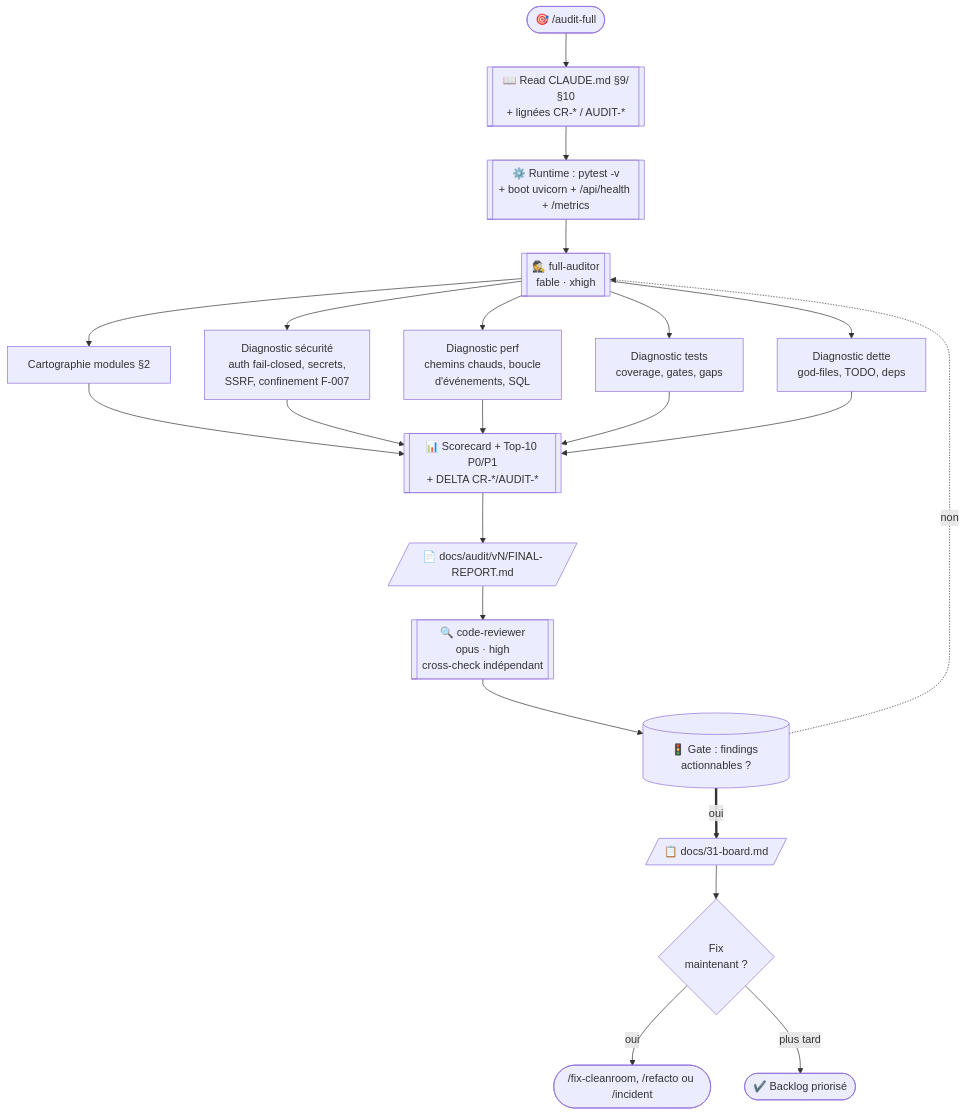
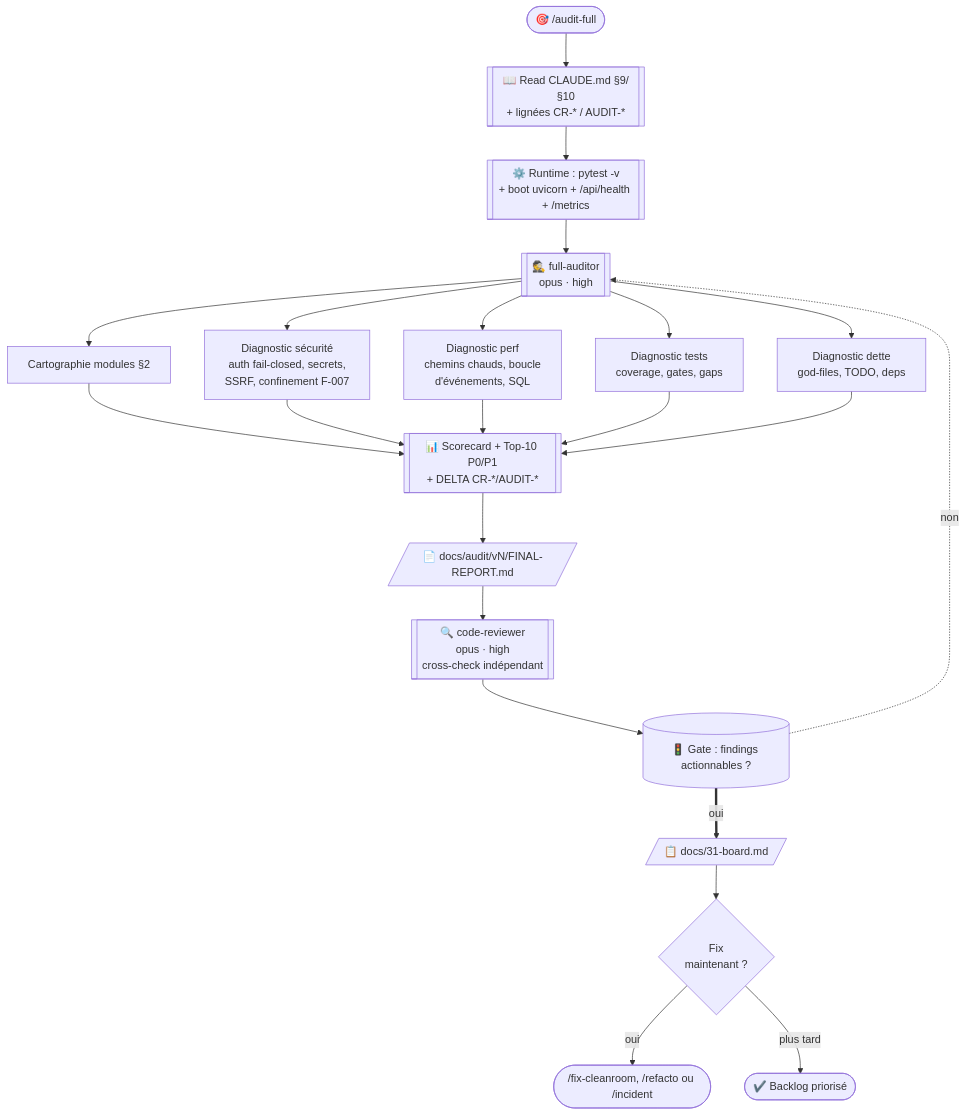
Before and after one commit to ChakirHamzaChahid/Plexhub-Backend: the second of 9 diagrams in .claude/WORKFLOWS-DIAGRAMS.md, drawn with Mermaid. The commit also changed other lines of this file and 25 other files, not shown here.

````diff
--- a/.claude/WORKFLOWS-DIAGRAMS.md
+++ b/.claude/WORKFLOWS-DIAGRAMS.md
@@ -27,20 +29,20 @@
 ```mermaid
 flowchart TD
   T([🎯 /audit-full]) --> R[[📖 Read CLAUDE.md §9/§10<br/>+ lignées CR-* / AUDIT-*]]
   R --> RT[[⚙️ Runtime : pytest -v<br/>+ boot uvicorn + /api/health + /metrics]]
-  RT --> FA[[🕵️ full-auditor<br/>fable · xhigh]]
+  RT --> FA[[🕵️ full-auditor<br/>opus · high]]
   FA --> A1[Cartographie modules §2]
   FA --> A2[Diagnostic sécurité<br/>auth fail-closed, secrets,<br/>SSRF, confinement F-007]
   FA --> A3[Diagnostic perf<br/>chemins chauds, boucle<br/>d'événements, SQL]
   FA --> A4[Diagnostic tests<br/>coverage, gates, gaps]
   FA --> A5[Diagnostic dette<br/>god-files, TODO, deps]
   A1 & A2 & A3 & A4 & A5 --> S[[📊 Scorecard + Top-10 P0/P1<br/>+ DELTA CR-*/AUDIT-*]]
   S --> RPT[/📄 docs/audit/vN/FINAL-REPORT.md/]
   RPT --> CX[[🔍 code-reviewer<br/>opus · high<br/>cross-check indépendant]]
   CX --> GATE[(🚦 Gate : findings actionnables ?)]
   GATE ==>|oui| BOARD[/📋 docs/31-board.md/]
   GATE -.->|non| FA
   BOARD --> FIX{Fix<br/>maintenant ?}
   FIX -->|oui| REFACTO([/fix-cleanroom, /refacto ou /incident])
   FIX -->|plus tard| END([✔️ Backlog priorisé])
 ```
````
